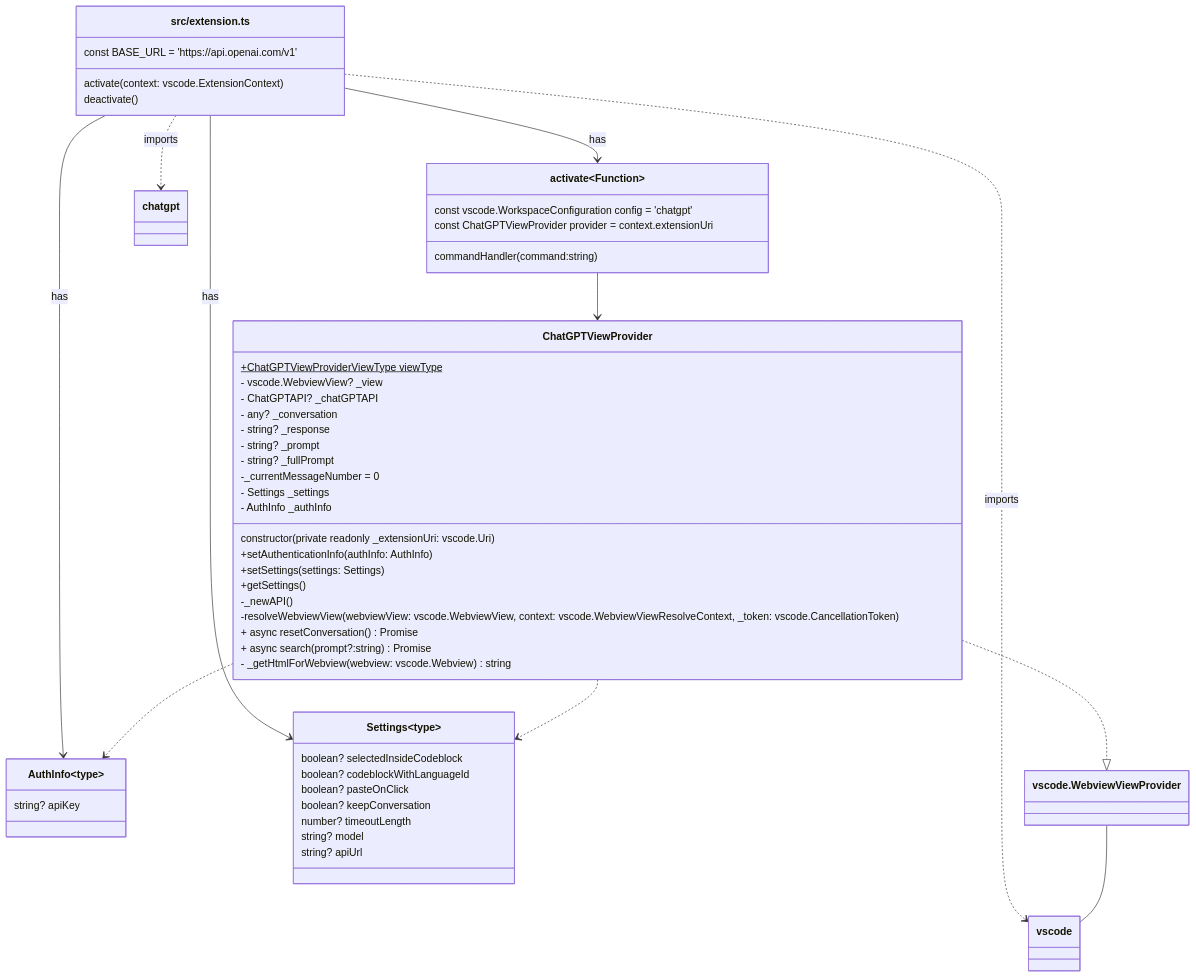
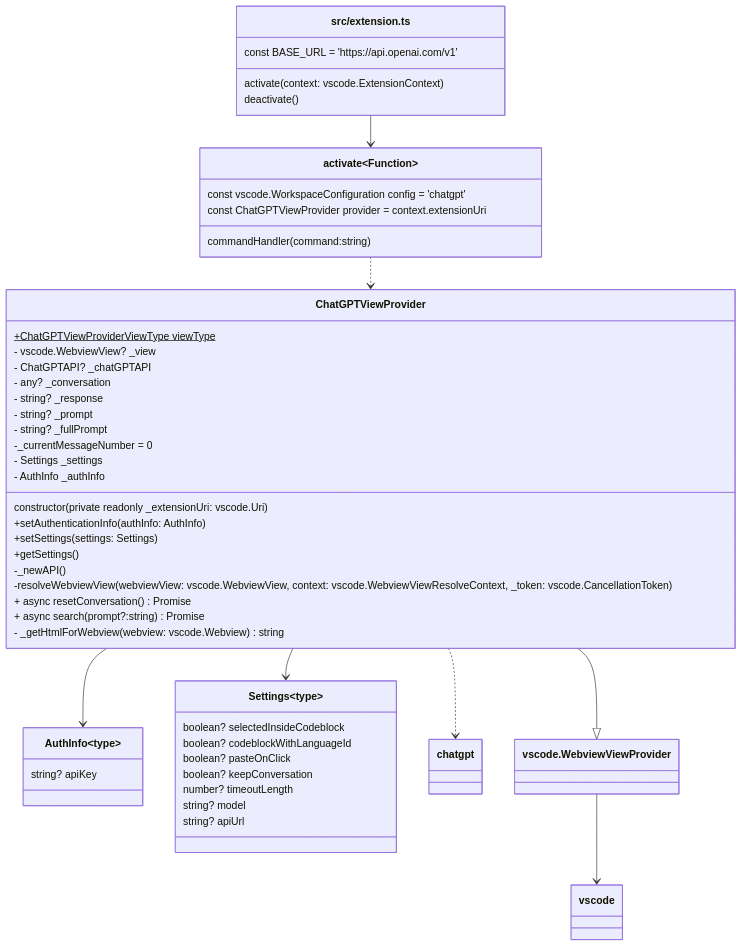
One commit to cis3296f23/code-review-chatbot-vscode changed the diagram in documentation/docs/design.md. Above: the diagram before and after it, drawn with Mermaid.

Commit message:
Simplified the class diagram.

````diff
--- a/documentation/docs/design.md
+++ b/documentation/docs/design.md
@@ -12,62 +12,56 @@
 ```mermaid
 classDiagram
-
 class activate ~Function~{
 const vscode.WorkspaceConfiguration config = 'chatgpt'
 const ChatGPTViewProvider provider = context.extensionUri
     commandHandler(command:string)
 }
 
 class AuthInfo ~type~{
     string? apiKey 
 }
 class Settings ~type~{
  boolean? selectedInsideCodeblock
   boolean? codeblockWithLanguageId
    boolean? pasteOnClick
    boolean? keepConversation
    number? timeoutLength
    string? model
    string? apiUrl
 }
 class `src/extension.ts` {
 const BASE_URL = 'https://api.openai.com/v1'
 activate(context: vscode.ExtensionContext)
 deactivate()
 }
 class vscode
 class chatgpt
-`src/extension.ts` ..> vscode : imports
-`src/extension.ts` ..> chatgpt : imports
-`src/extension.ts` --> AuthInfo : has
-`src/extension.ts` --> Settings : has
-`src/extension.ts` --> activate : has
+`src/extension.ts` --> activate 
 class ChatGPTViewProvider {
 +ChatGPTViewProviderViewType viewType$
     - vscode.WebviewView? _view
-
 	- ChatGPTAPI? _chatGPTAPI
 	- any? _conversation
-
 	- string? _response
 	- string? _prompt
 	- string? _fullPrompt
 	-_currentMessageNumber = 0
 	- Settings _settings
 	- AuthInfo _authInfo
 	constructor(private readonly _extensionUri: vscode.Uri) 
 	+setAuthenticationInfo(authInfo: AuthInfo)
 	+setSettings(settings: Settings)
 	+getSettings()
 	-_newAPI()
 	-resolveWebviewView(webviewView: vscode.WebviewView, context: vscode.WebviewViewResolveContext, _token: vscode.CancellationToken) 
 	+ async resetConversation() Promise<void>
 	+ async search(prompt?:string) Promise<void>
 	- _getHtmlForWebview(webview: vscode.Webview) string
 }
-ChatGPTViewProvider ..|> `vscode.WebviewViewProvider`
-ChatGPTViewProvider ..> Settings
-ChatGPTViewProvider ..> AuthInfo
-`vscode.WebviewViewProvider` -- vscode
-activate --> ChatGPTViewProvider
+ChatGPTViewProvider --|> `vscode.WebviewViewProvider`
+ChatGPTViewProvider ..> chatgpt
+ChatGPTViewProvider --> Settings
+ChatGPTViewProvider --> AuthInfo
+`vscode.WebviewViewProvider` --> vscode
+activate ..> ChatGPTViewProvider
 ```
````
